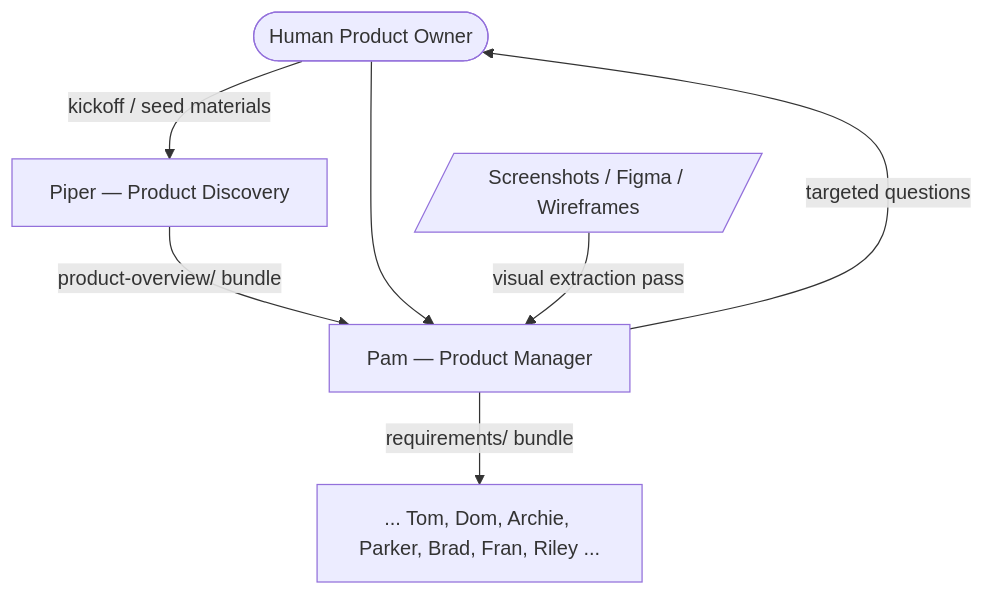
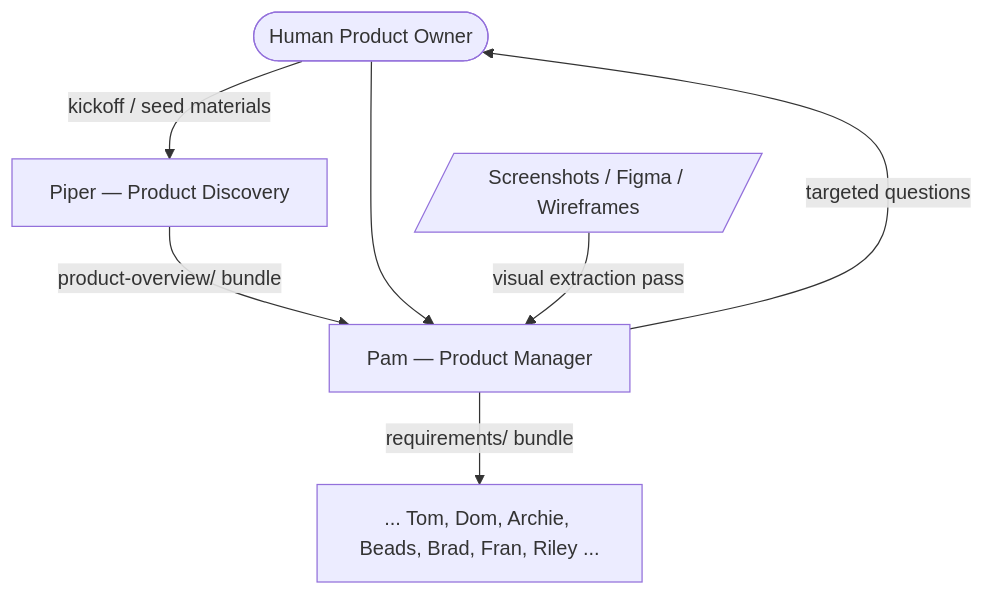
One commit to derek-dorazio/node-project-template changed the second of 3 diagrams in docs/PERSONA-FLOW.md. Above: the diagram before and after it, drawn with Mermaid. The commit also changed other lines of this file and 77 other files, not shown here.

````diff
--- a/docs/PERSONA-FLOW.md
+++ b/docs/PERSONA-FLOW.md
@@ -76,15 +82,15 @@
 ```mermaid
 flowchart TD
     Owner([Human Product Owner])
     Visuals[/Screenshots / Figma / Wireframes/]
     Piper[Piper — Product Discovery]
     Pam[Pam — Product Manager]
-    Downstream[... Tom, Dom, Archie, Parker, Brad, Fran, Riley ...]
+    Downstream[... Tom, Dom, Archie, Beads, Brad, Fran, Riley ...]
 
     Owner -- kickoff / seed materials --> Piper
     Piper -- product-overview/ bundle --> Pam
     Owner --> Pam
     Visuals -- visual extraction pass --> Pam
     Pam -- targeted questions --> Owner
     Pam -- requirements/ bundle --> Downstream
 ```
````
